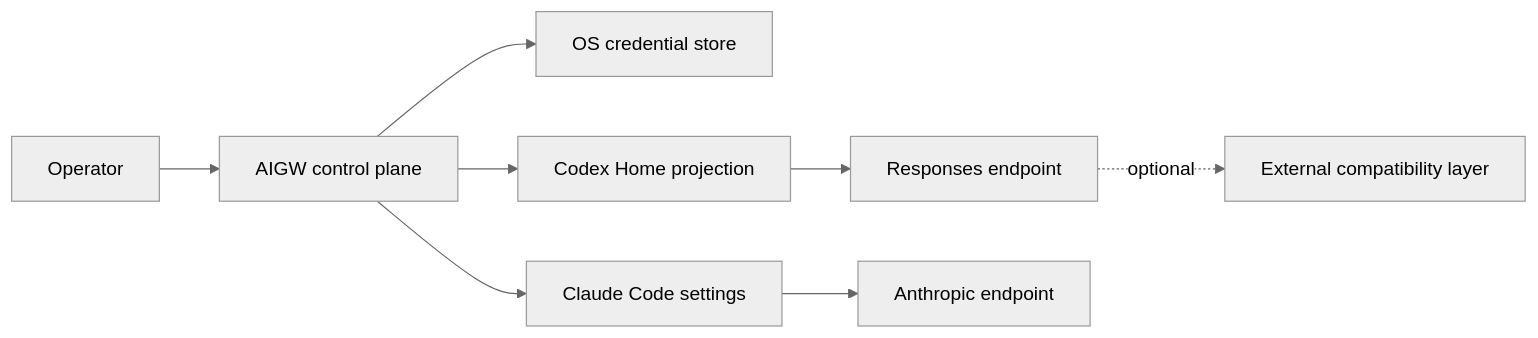
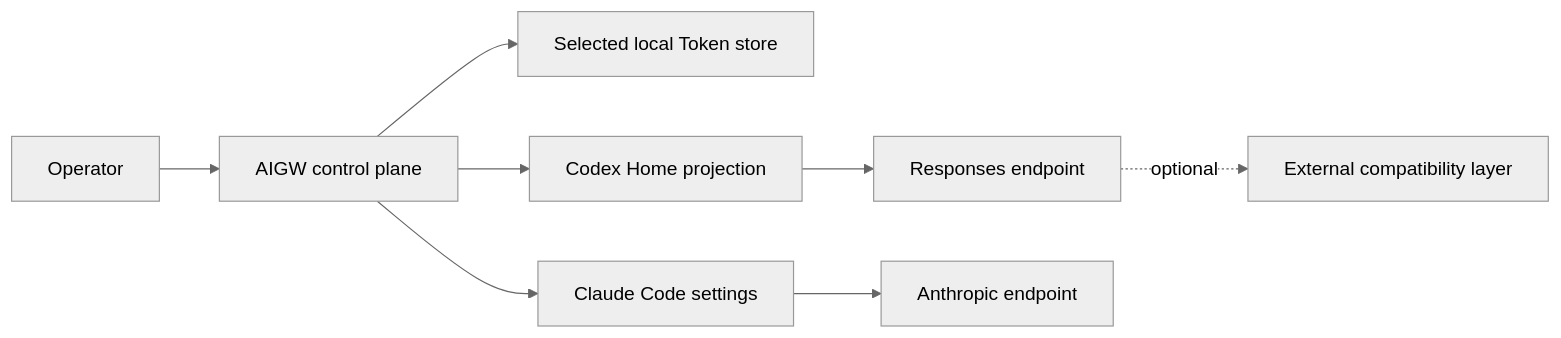
Before and after one commit to HengYangDS/aigw-cli: the first of 3 diagrams in docs/architecture/authority-and-projection-boundary.md, drawn with Mermaid (neutral theme). The commit also changed other lines of this file and 26 other files, not shown here.

````diff
--- a/docs/architecture/authority-and-projection-boundary.md
+++ b/docs/architecture/authority-and-projection-boundary.md
@@ -26,10 +26,10 @@
 ```mermaid
 flowchart LR
     O["Operator"] --> A["AIGW control plane"]
-    A --> K["OS credential store"]
+    A --> K["Selected local Token store"]
     A --> C["Codex Home projection"]
     A --> L["Claude Code settings"]
     C --> R["Responses endpoint"]
     L --> H["Anthropic endpoint"]
     R -. optional .-> P["External compatibility layer"]
 ```
````
